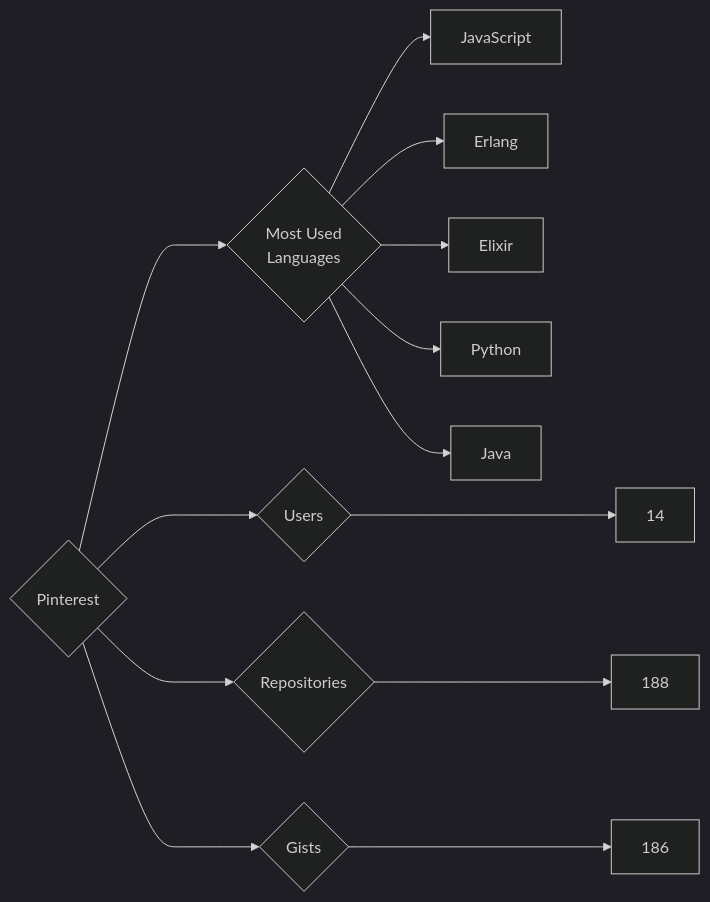
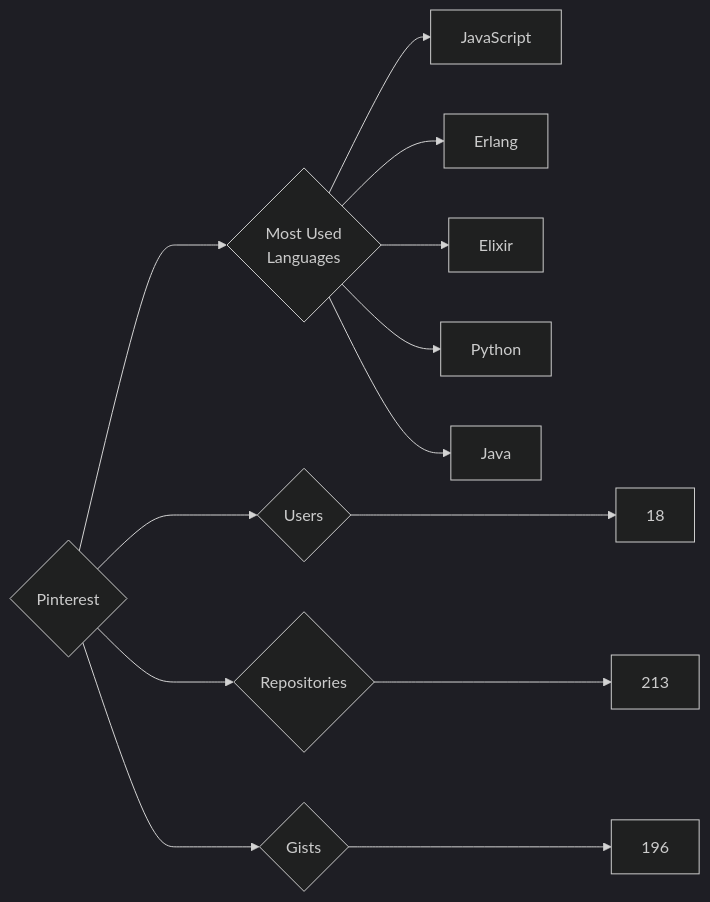
The diagram in targets/Pinterest/README.md (trickest/insiders), drawn with Mermaid (dark theme) before and after one commit. The commit also changed 797 other files, not shown here.

````diff
--- a/targets/Pinterest/README.md
+++ b/targets/Pinterest/README.md
@@ -3,13 +3,13 @@
 ```mermaid
 graph LR
 COMPANY_NAME{Pinterest}
-COMPANY_NAME ---> U{Users} ---> UN[14]
-COMPANY_NAME ---> R{Repositories} ---> RN[188]
-COMPANY_NAME ---> G{Gists} ---> GN[186]
+COMPANY_NAME ---> U{Users} ---> UN[18]
+COMPANY_NAME ---> R{Repositories} ---> RN[213]
+COMPANY_NAME ---> G{Gists} ---> GN[196]
 COMPANY_NAME ---> ML{Most Used<br>Languages}
 ML --> JavaScript[JavaScript]
 ML --> Erlang[Erlang]
 ML --> Elixir[Elixir]
 ML --> Python[Python]
 ML --> Java[Java]
 ```
````
